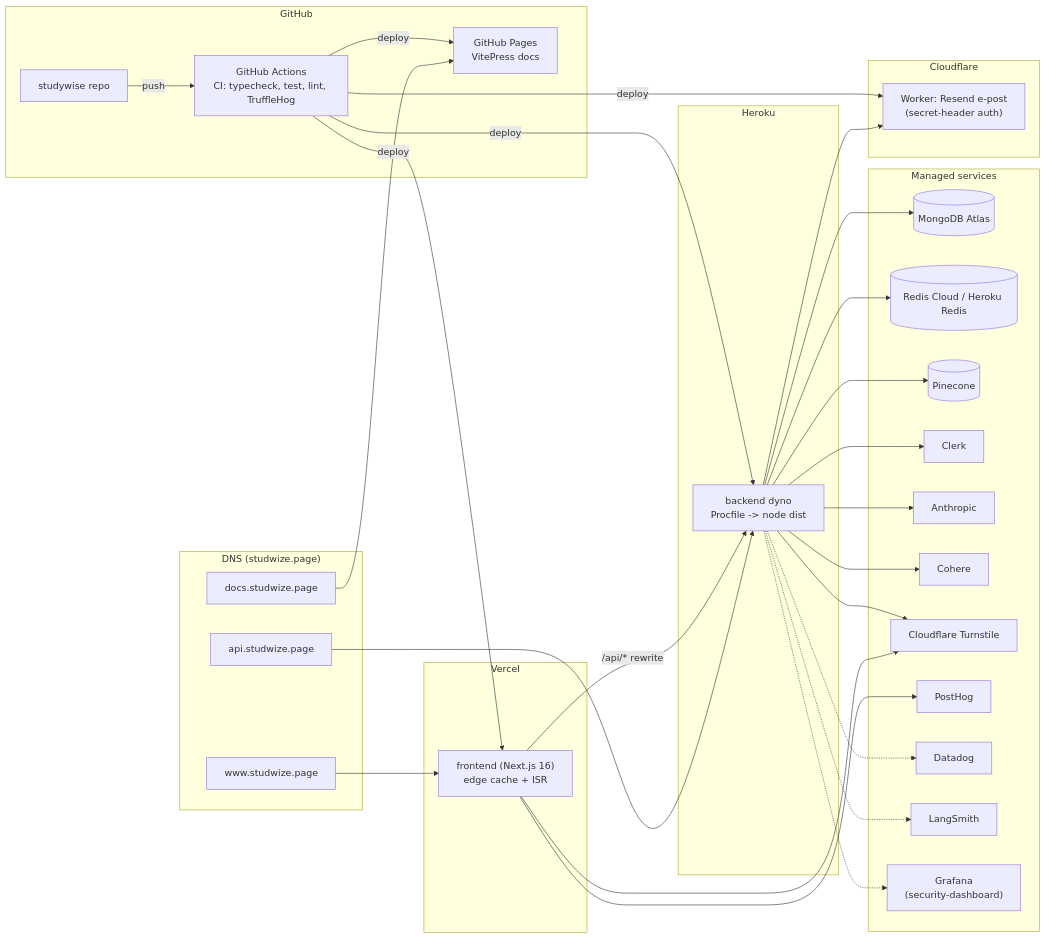
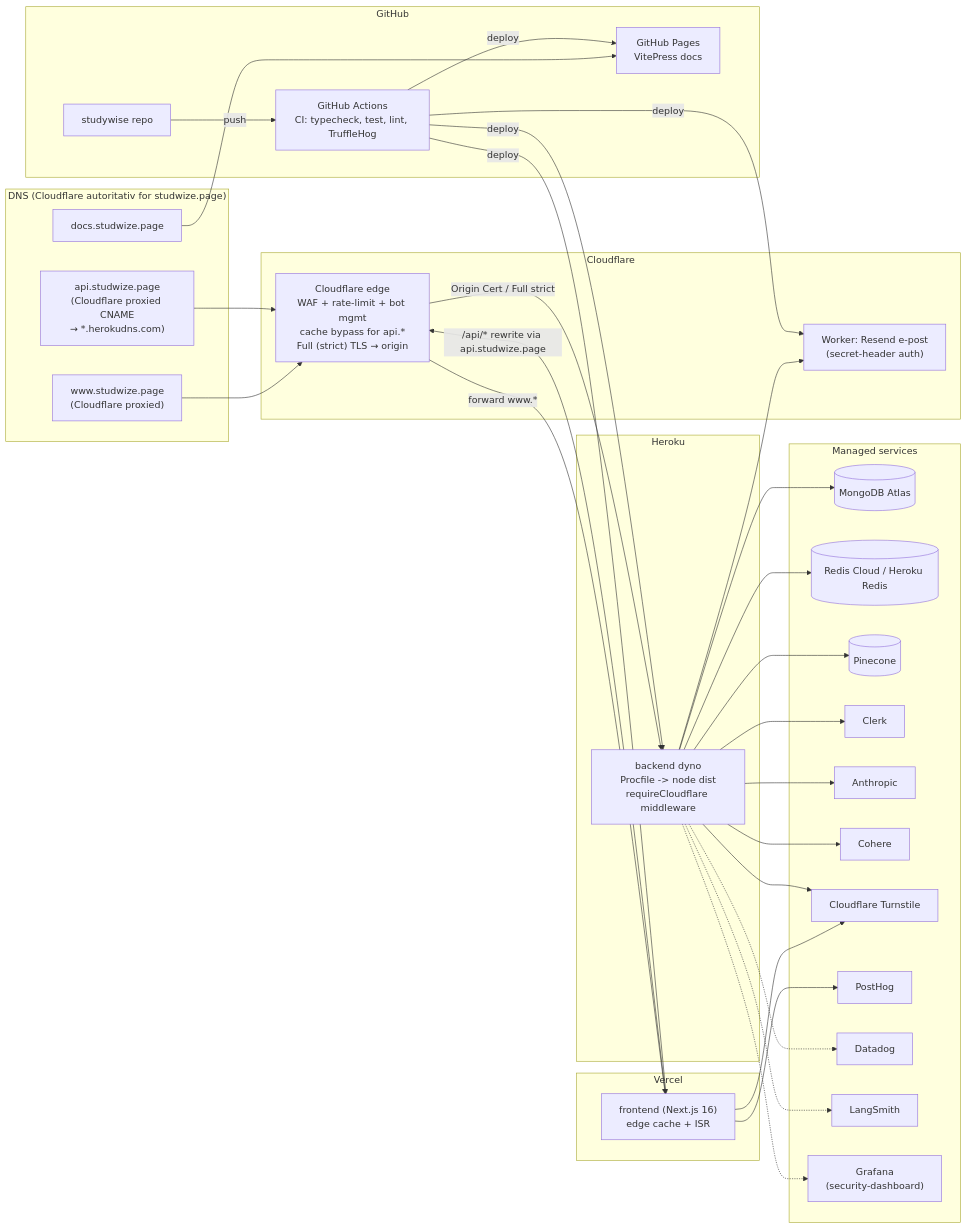
One commit to 26zl/StudyWise changed the diagram in filer_prosjekt/diagrammer/10-deployment-arkitektur.md. Above: the diagram before and after it, drawn with Mermaid. The commit also changed other lines of this file and 34 other files, not shown here.

````diff
--- a/filer_prosjekt/diagrammer/10-deployment-arkitektur.md
+++ b/filer_prosjekt/diagrammer/10-deployment-arkitektur.md
@@ -5,65 +11,68 @@
 ```mermaid
 flowchart LR
-    subgraph DNS["DNS (studwize.page)"]
-        WWW["www.studwize.page"]
-        API["api.studwize.page"]
+    subgraph DNS["DNS (Cloudflare autoritativ for studwize.page)"]
+        WWW["www.studwize.page<br/>(Cloudflare proxied)"]
+        API["api.studwize.page<br/>(Cloudflare proxied CNAME<br/>→ *.herokudns.com)"]
         DOCS_DNS["docs.studwize.page"]
     end
 
     subgraph Vercel["Vercel"]
         FE["frontend (Next.js 16)<br/>edge cache + ISR"]
     end
 
     subgraph Heroku["Heroku"]
-        BE["backend dyno<br/>Procfile -> node dist"]
+        BE["backend dyno<br/>Procfile -> node dist<br/>requireCloudflare middleware"]
     end
 
     subgraph GH["GitHub"]
         REPO["studywise repo"]
         ACT["GitHub Actions<br/>CI: typecheck, test, lint, TruffleHog"]
         PAGES["GitHub Pages<br/>VitePress docs"]
     end
 
     subgraph CF["Cloudflare"]
+        CFEDGE["Cloudflare edge<br/>WAF + rate-limit + bot mgmt<br/>cache bypass for api.*<br/>Full (strict) TLS → origin"]
         WK["Worker: Resend e-post<br/>(secret-header auth)"]
     end
 
     subgraph Managed["Managed services"]
         ATLAS[("MongoDB Atlas")]
         RC[("Redis Cloud / Heroku Redis")]
         PC[("Pinecone")]
         CLERK["Clerk"]
         ANT["Anthropic"]
         COH["Cohere"]
         TS["Cloudflare Turnstile"]
         PH["PostHog"]
         DD["Datadog"]
         LS["LangSmith"]
         GR["Grafana<br/>(security-dashboard)"]
     end
 
-    WWW --> FE
-    API --> BE
+    WWW --> CFEDGE
+    CFEDGE -->|forward www.*| FE
+    API --> CFEDGE
+    CFEDGE -->|Origin Cert / Full strict| BE
     DOCS_DNS --> PAGES
 
-    FE -->|/api/* rewrite| BE
+    FE -->|/api/* rewrite via api.studwize.page| CFEDGE
     BE --> ATLAS
     BE --> RC
     BE --> PC
     BE --> CLERK
     BE --> ANT
     BE --> COH
     BE --> WK
     FE --> TS
     BE --> TS
     FE --> PH
     BE -.-> DD
     BE -.-> LS
     BE -.-> GR
 
     REPO -->|push| ACT
     ACT -->|deploy| FE
     ACT -->|deploy| BE
     ACT -->|deploy| PAGES
     ACT -->|deploy| WK
 ```
````
